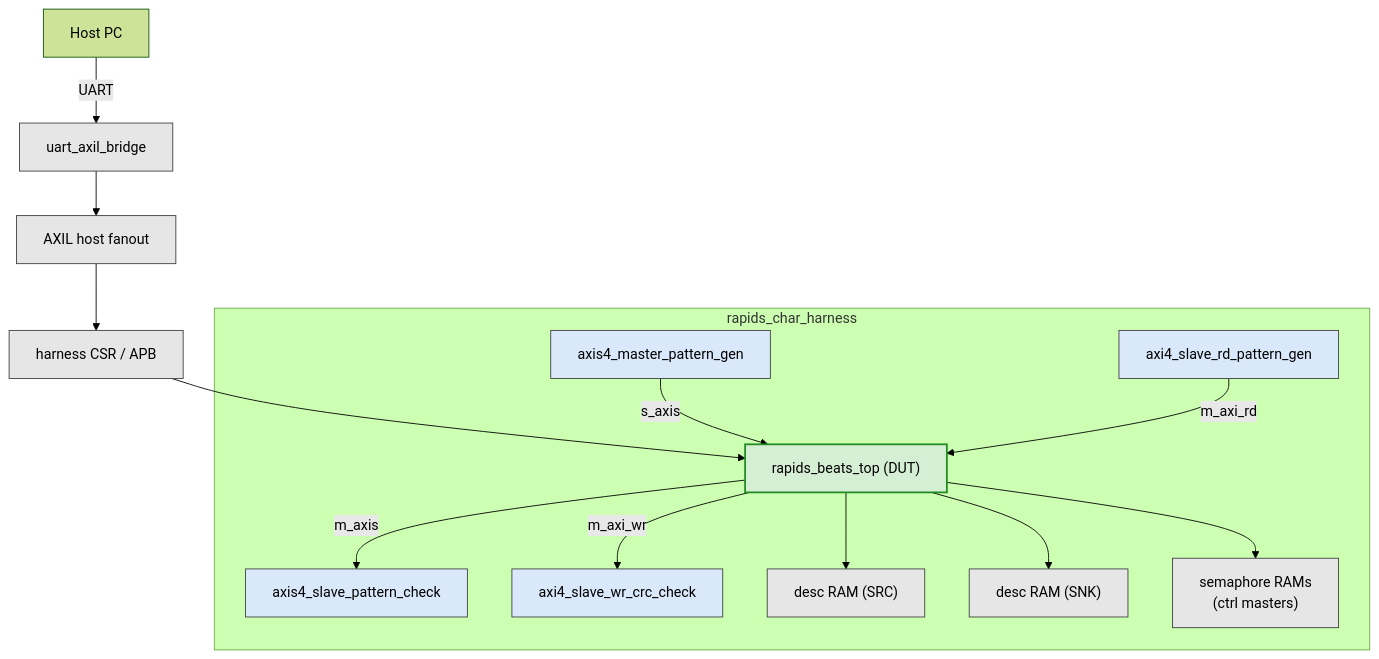
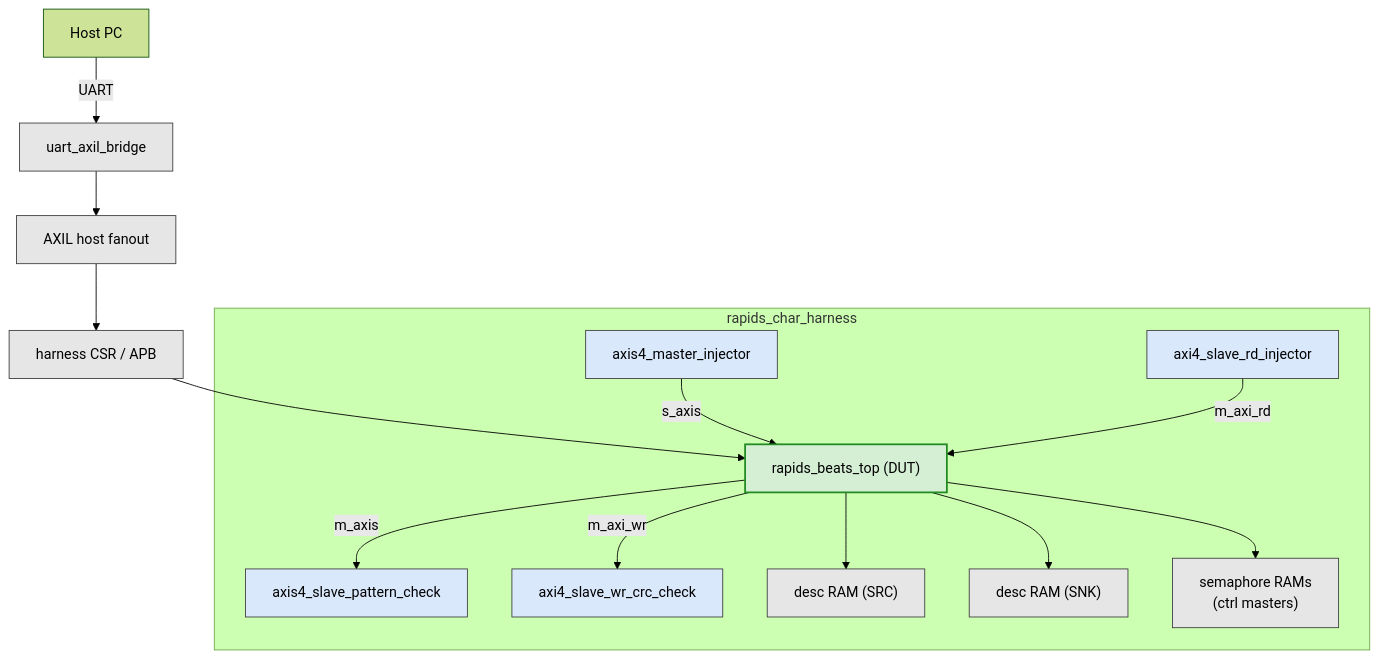
Before and after one commit to sean-galloway/RTLDesignSherpa: the diagram in projects/fpga-systems/Genesys2/dma-ip/rapids_beats/docs/assets/mmd/04_harness.mmd, drawn with Mermaid (forest theme). The commit also changed 105 other files, not shown here.

First line of the commit message:
refactor(amba): rename characterization *pattern_gen blocks to *injector

```diff
--- a/projects/fpga-systems/Genesys2/dma-ip/rapids_beats/docs/assets/mmd/04_harness.mmd
+++ b/projects/fpga-systems/Genesys2/dma-ip/rapids_beats/docs/assets/mmd/04_harness.mmd
@@ -1,31 +1,31 @@
 flowchart TB
     HOST["Host PC"] -->|UART| UART["uart_axil_bridge"]
     UART --> AXIL["AXIL host fanout"]
     AXIL --> CSR["harness CSR / APB"]
 
     subgraph HARN["rapids_char_harness"]
         DUT["rapids_beats_top (DUT)"]
-        GEN["axis4_master_pattern_gen"]
+        GEN["axis4_master_injector"]
         CHK["axis4_slave_pattern_check"]
-        RDPAT["axi4_slave_rd_pattern_gen"]
+        RDPAT["axi4_slave_rd_injector"]
         WRCRC["axi4_slave_wr_crc_check"]
         DRAM1["desc RAM (SRC)"]
         DRAM2["desc RAM (SNK)"]
         SEM["semaphore RAMs<br/>(ctrl masters)"]
     end
 
     CSR --> DUT
     GEN -->|s_axis| DUT
     DUT -->|m_axis| CHK
     RDPAT -->|m_axi_rd| DUT
     DUT -->|m_axi_wr| WRCRC
     DUT --> DRAM1
     DUT --> DRAM2
     DUT --> SEM
 
     classDef dut fill:#d5efd5,stroke:#228B22,stroke-width:2px;
     classDef bfm fill:#d9e8fb,stroke:#404040,stroke-width:1px;
     classDef infra fill:#e6e6e6,stroke:#404040,stroke-width:1px;
     class DUT dut;
     class GEN,CHK,RDPAT,WRCRC bfm;
     class UART,AXIL,CSR,DRAM1,DRAM2,SEM infra;
```
